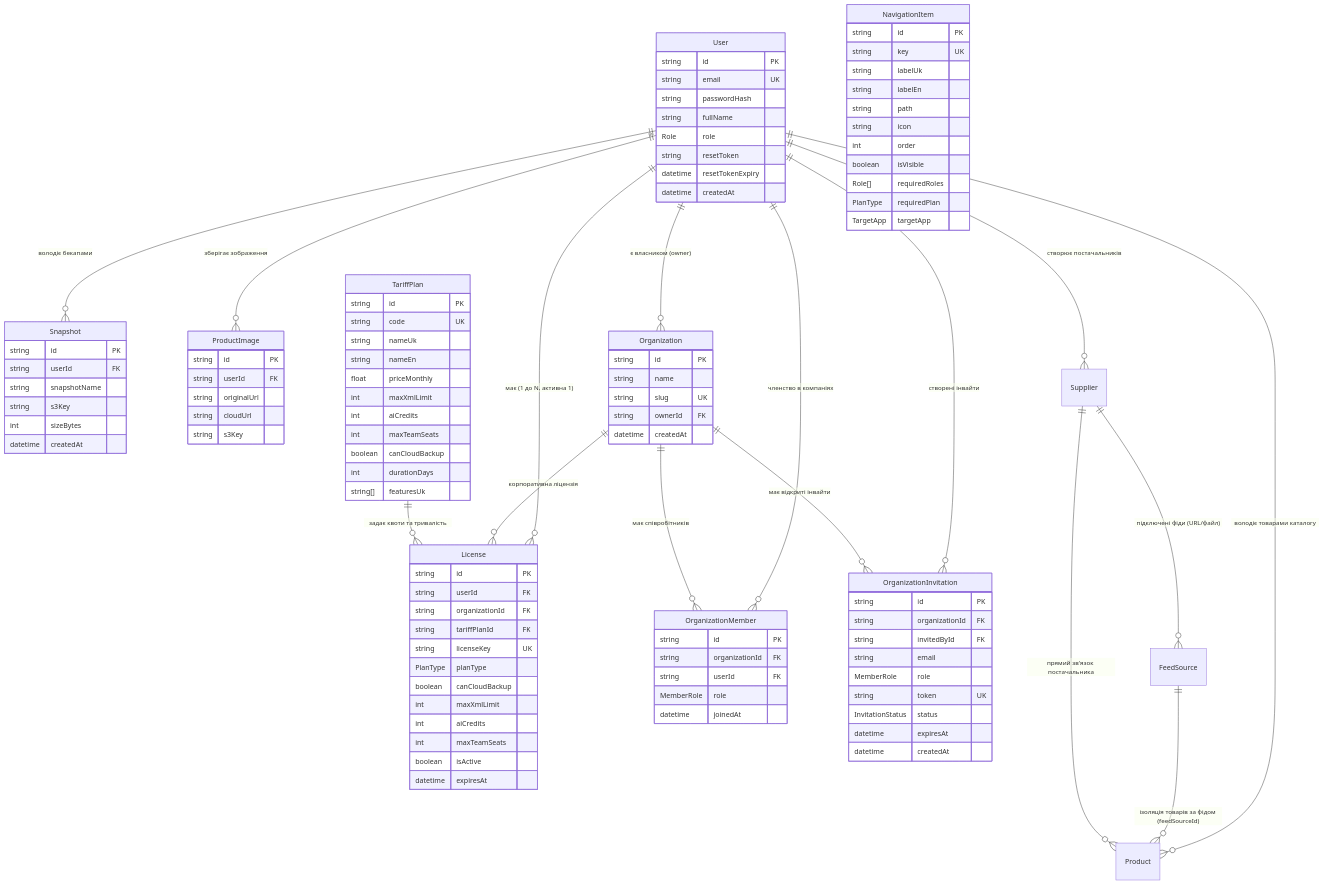
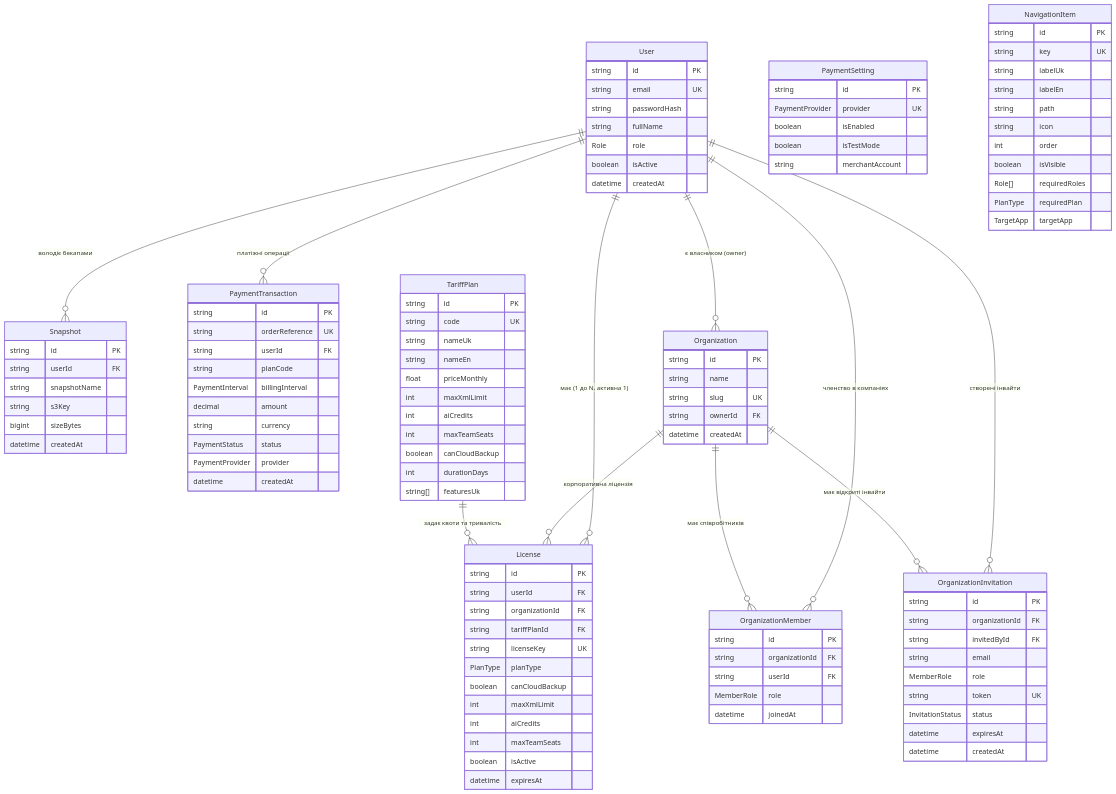
The diagram in wiki/03-database-schema/entity-relations.md (OlegFutornoi/SmartFeedStudio), drawn with Mermaid before and after one commit. The commit also changed other lines of this file and 143 other files, not shown here.

Commit message:
feat: implement local workspace storage management and deprecate legacy product, supplier, and feed modules.

````diff
--- a/wiki/03-database-schema/entity-relations.md
+++ b/wiki/03-database-schema/entity-relations.md
@@ -6,7 +6,7 @@
 erDiagram
     User ||--o{ License : "має (1 до N, активна 1)"
     User ||--o{ Snapshot : "володіє бекапами"
-    User ||--o{ ProductImage : "зберігає зображення"
+    User ||--o{ PaymentTransaction : "платіжні операції"
     User ||--o{ Organization : "є власником (owner)"
     User ||--o{ OrganizationMember : "членство в компаніях"
     User ||--o{ OrganizationInvitation : "створені інвайти"
@@ -23,8 +23,7 @@
         string passwordHash
         string fullName
         Role role
-        string resetToken
-        datetime resetTokenExpiry
+        boolean isActive
         datetime createdAt
     }
 
@@ -85,6 +84,27 @@
         datetime expiresAt
     }
 
+    PaymentTransaction {
+        string id PK
+        string orderReference UK
+        string userId FK
+        string planCode
+        PaymentInterval billingInterval
+        decimal amount
+        string currency
+        PaymentStatus status
+        PaymentProvider provider
+        datetime createdAt
+    }
+
+    PaymentSetting {
+        string id PK
+        PaymentProvider provider UK
+        boolean isEnabled
+        boolean isTestMode
+        string merchantAccount
+    }
+
     NavigationItem {
         string id PK
         string key UK
@@ -104,21 +124,7 @@
         string userId FK
         string snapshotName
         string s3Key
-        int sizeBytes
+        bigint sizeBytes
         datetime createdAt
     }
-
-    ProductImage {
-        string id PK
-        string userId FK
-        string originalUrl
-        string cloudUrl
-        string s3Key
-    }
-
-    User ||--o{ Supplier : "створює постачальників"
-    User ||--o{ Product : "володіє товарами каталогу"
-    Supplier ||--o{ FeedSource : "підключені фіди (URL/файл)"
-    FeedSource ||--o{ Product : "ізоляція товарів за фідом (feedSourceId)"
-    Supplier ||--o{ Product : "прямий зв'язок постачальника"
 ```
````
